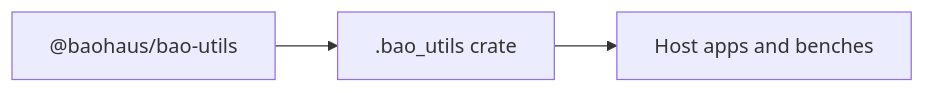
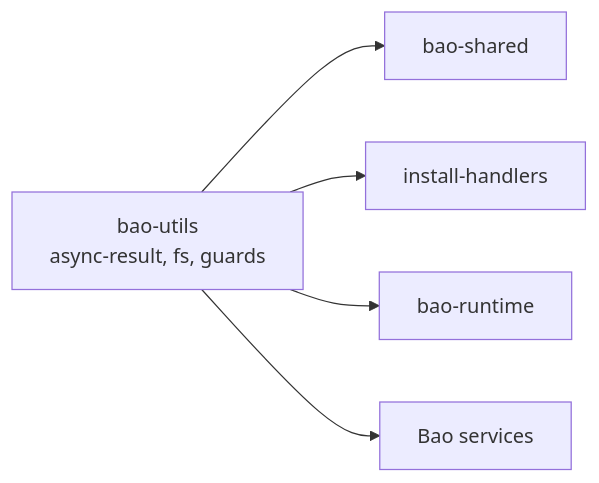
One commit to d4551/docduckgoose changed the diagram in bao-source/bao-utils/README.md. Above: the diagram before and after it, drawn with Mermaid. The commit also changed other lines of this file and 295 other files, not shown here.

````diff
--- a/bao-source/bao-utils/README.md
+++ b/bao-source/bao-utils/README.md
@@ -10,5 +15,7 @@
 ```mermaid
 flowchart LR
-  producer["@baohaus/bao-utils"] --> crate[".bao_utils crate"]
-  crate --> consumers["Host apps and benches"]
+  utils["bao-utils\nasync-result, fs, guards"] --> shared["bao-shared"]
+  utils --> handlers["install-handlers"]
+  utils --> runtime["bao-runtime"]
+  utils --> services["Bao services"]
 ```
````
